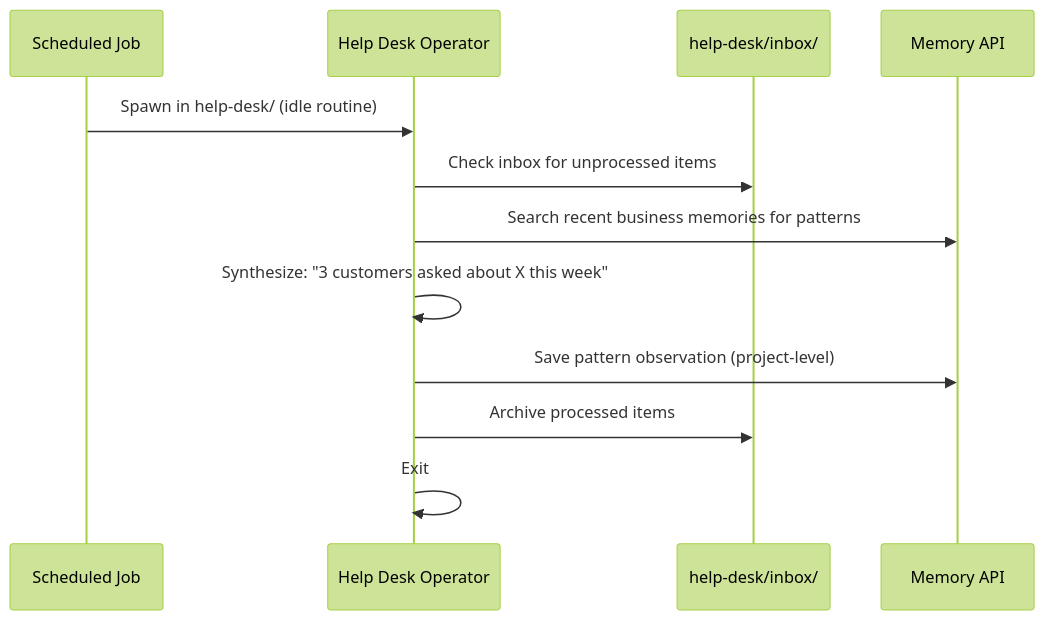
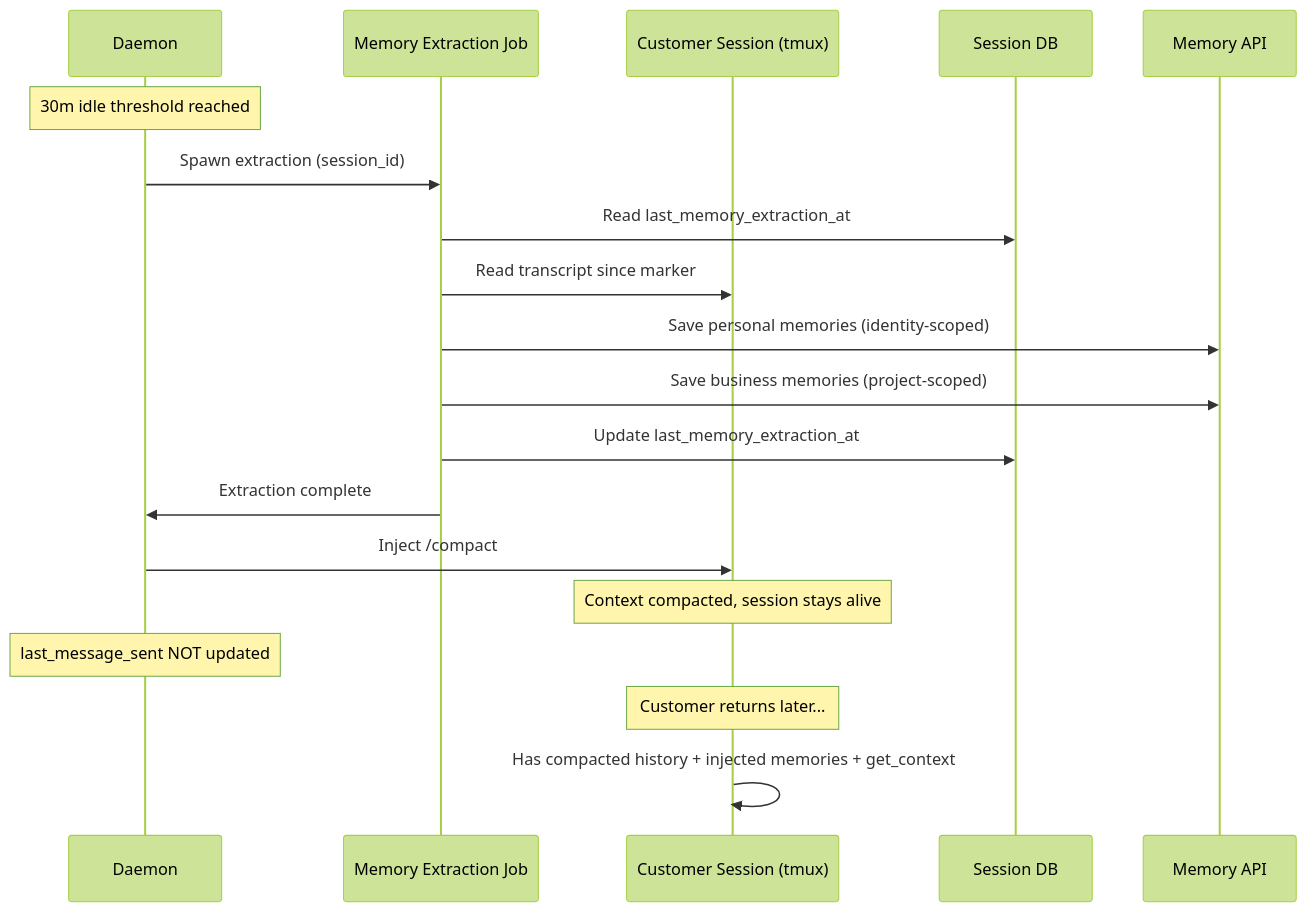
The eighth of 9 diagrams in docs/project/design/architecture/help-desk-platform.md (InstruktAI/TeleClaude), drawn with Mermaid (forest theme) before and after one commit. The commit also changed other lines of this file, not shown here.

First line of the commit message:
feat(design): consolidate help desk platform requirements from brainstorming

````diff
--- a/docs/project/design/architecture/help-desk-platform.md
+++ b/docs/project/design/architecture/help-desk-platform.md
@@ -488,15 +634,23 @@
 ```mermaid
 sequenceDiagram
-    participant Job as Scheduled Job
-    participant Agent as Help Desk Operator
-    participant FS as help-desk/inbox/
+    participant Daemon
+    participant Job as Memory Extraction Job
+    participant Agent as Customer Session (tmux)
+    participant DB as Session DB
     participant Memory as Memory API
 
-    Job->>Agent: Spawn in help-desk/ (idle routine)
-    Agent->>FS: Check inbox for unprocessed items
-    Agent->>Memory: Search recent business memories for patterns
-    Agent->>Agent: Synthesize: "3 customers asked about X this week"
-    Agent->>Memory: Save pattern observation (project-level)
-    Agent->>FS: Archive processed items
-    Agent->>Agent: Exit
+    Note over Daemon: 30m idle threshold reached
+    Daemon->>Job: Spawn extraction (session_id)
+    Job->>DB: Read last_memory_extraction_at
+    Job->>Agent: Read transcript since marker
+    Job->>Memory: Save personal memories (identity-scoped)
+    Job->>Memory: Save business memories (project-scoped)
+    Job->>DB: Update last_memory_extraction_at
+    Job->>Daemon: Extraction complete
+    Daemon->>Agent: Inject /compact
+    Note over Agent: Context compacted, session stays alive
+    Note over Daemon: last_message_sent NOT updated
+
+    Note over Agent: Customer returns later...
+    Agent->>Agent: Has compacted history + injected memories + get_context
 ```
````
